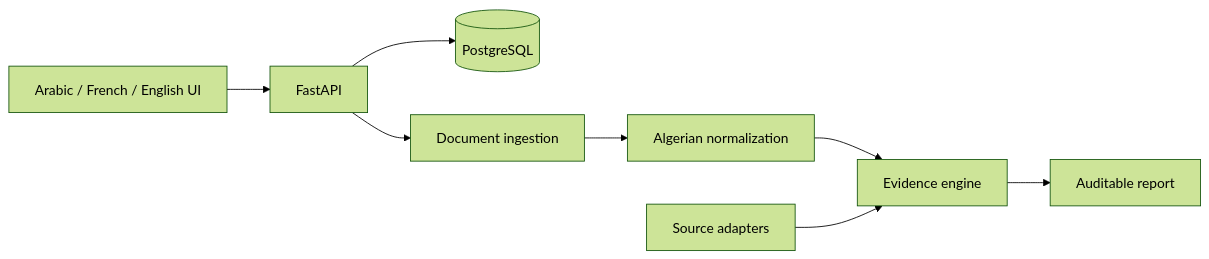
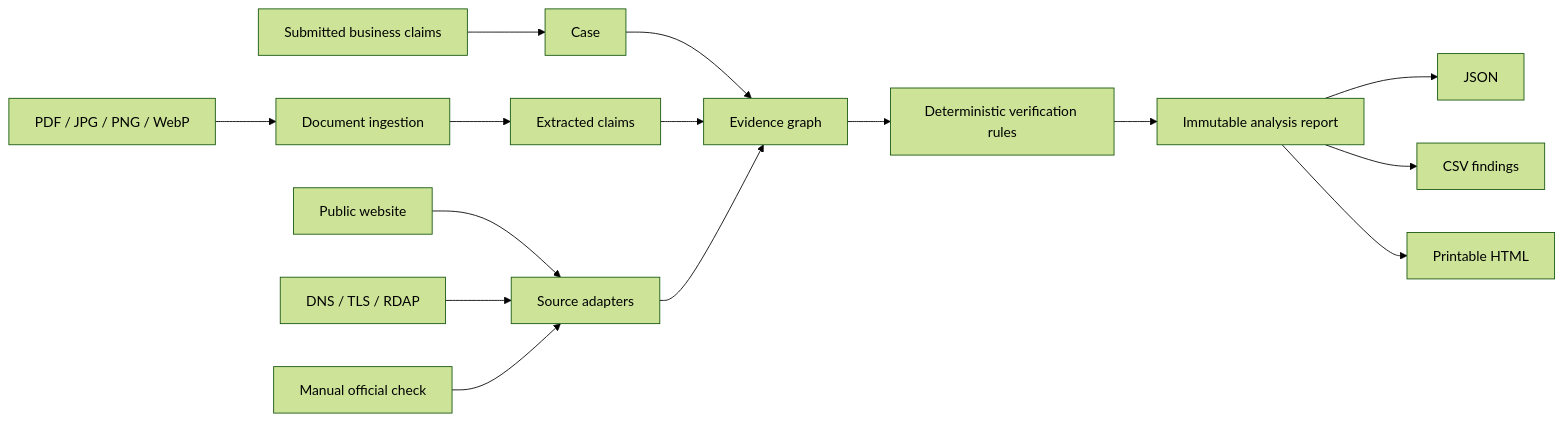
One commit to dinogx99/DalilDZ changed the first of 4 diagrams in README.md. Above: the diagram before and after it, drawn with Mermaid (forest theme). The commit also changed other lines of this file and 15 other files, not shown here.

Commit message:
docs: rebuild public documentation and evidence methodology

````diff
--- a/README.md
+++ b/README.md
@@ -19,10 +47,17 @@
 ```mermaid
 flowchart LR
- U[Arabic / French / English UI] --> API[FastAPI]
- API --> DB[(PostgreSQL)]
- API --> D[Document ingestion]
- D --> N[Algerian normalization]
- N --> E[Evidence engine]
- S[Source adapters] --> E
- E --> R[Auditable report]
+    A[Submitted business claims] --> C[Case]
+    D[PDF / JPG / PNG / WebP] --> I[Document ingestion]
+    I --> X[Extracted claims]
+    W[Public website] --> S[Source adapters]
+    T[DNS / TLS / RDAP] --> S
+    M[Manual official check] --> S
+    C --> E[Evidence graph]
+    X --> E
+    S --> E
+    E --> V[Deterministic verification rules]
+    V --> R[Immutable analysis report]
+    R --> J[JSON]
+    R --> CSV[CSV findings]
+    R --> H[Printable HTML]
 ```
````
